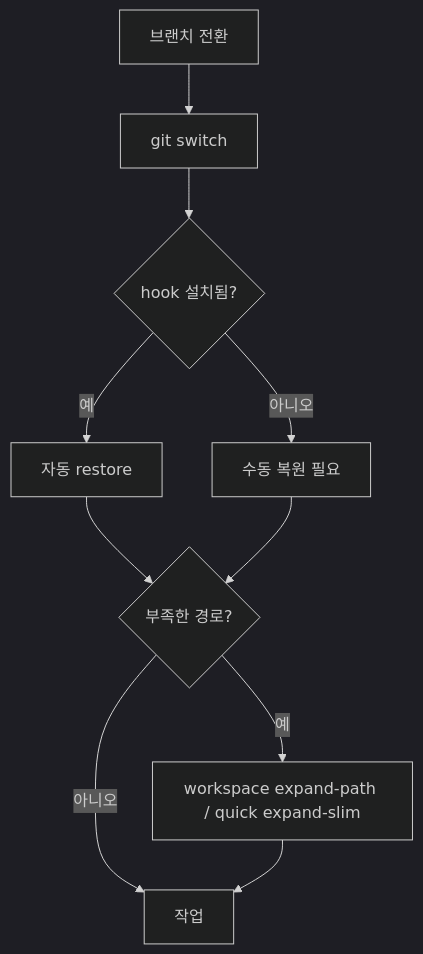
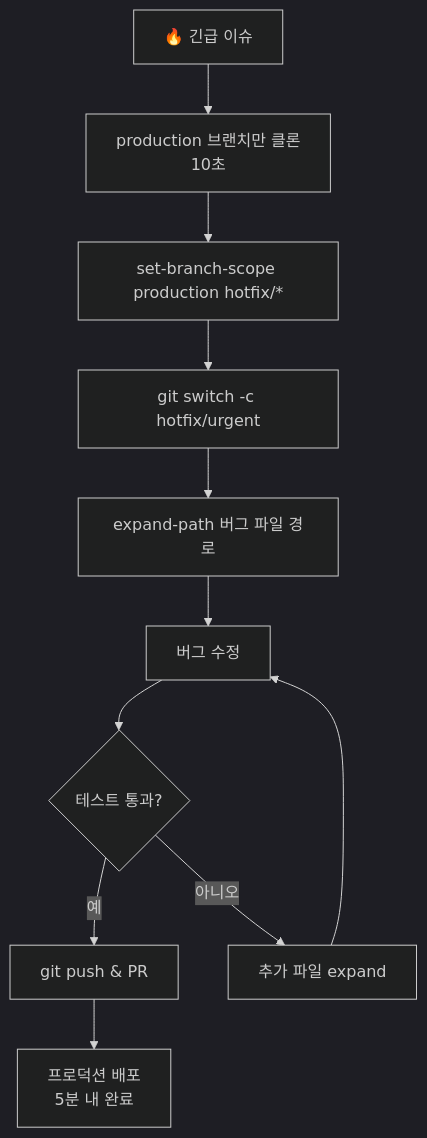
One commit to yoonhwan-neowiz/homebrew-workingcli changed the third of 10 diagrams in GIT.WORK.md. Above: the diagram before and after it, drawn with Mermaid (dark theme). The commit also changed other lines of this file and 1 other file, not shown here.

First line of the commit message:
docs: Git 최적화 가이드 2.0 업데이트 및 shallow 명령어 도움말 수정

````diff
--- a/GIT.WORK.md
+++ b/GIT.WORK.md
@@ -77,12 +119,13 @@
 ```mermaid
 flowchart TD
-  A[브랜치 전환] --> B[git switch <branch>]
-  B --> C{hook 설치됨?}
-  C -- 예 --> D[자동 restore]
-  C -- 아니오 --> E[수동 복원 필요]
-  D --> F{부족한 경로?}
-  E --> F
-  F -- 예 --> G[workspace expand-path / quick expand-slim]
-  F -- 아니오 --> H[작업]
-  G --> H
+  A[🔥 긴급 이슈] --> B[production 브랜치만 클론<br/>10초]
+  B --> C[set-branch-scope production hotfix/*]
+  C --> D[git switch -c hotfix/urgent]
+  D --> E[expand-path 버그 파일 경로]
+  E --> F[버그 수정]
+  F --> G{테스트 통과?}
+  G -->|예| H[git push & PR]
+  G -->|아니오| I[추가 파일 expand]
+  I --> F
+  H --> J[프로덕션 배포<br/>5분 내 완료]
 ```
````
